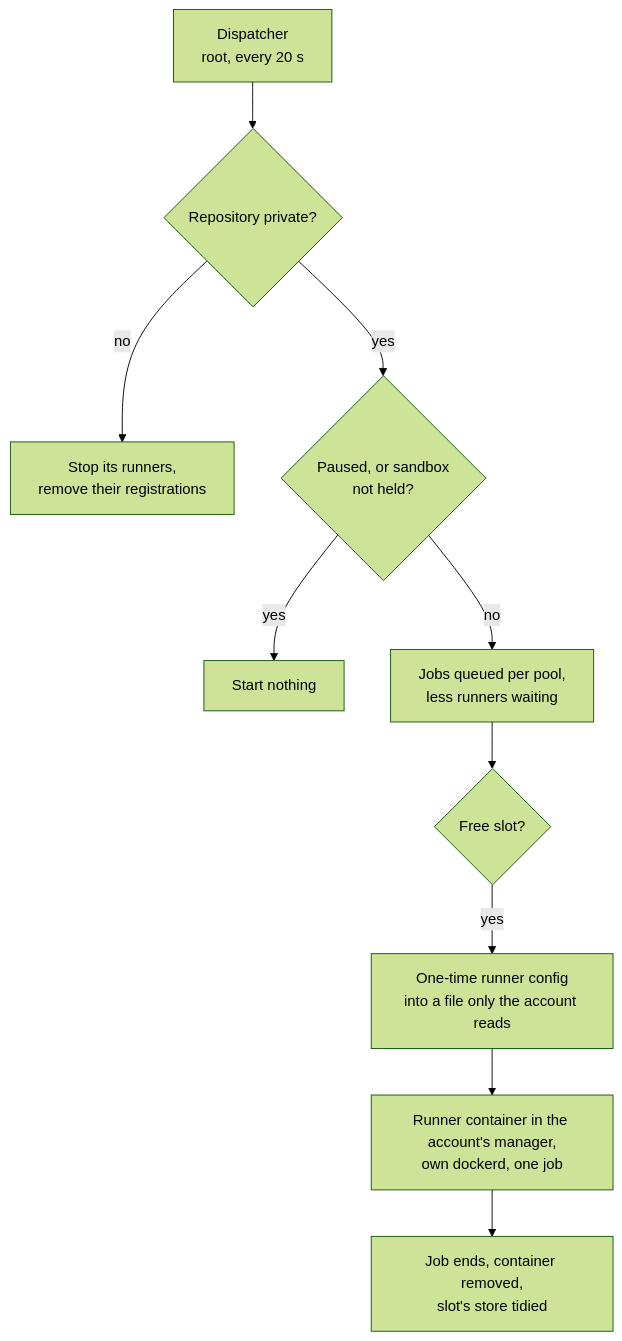
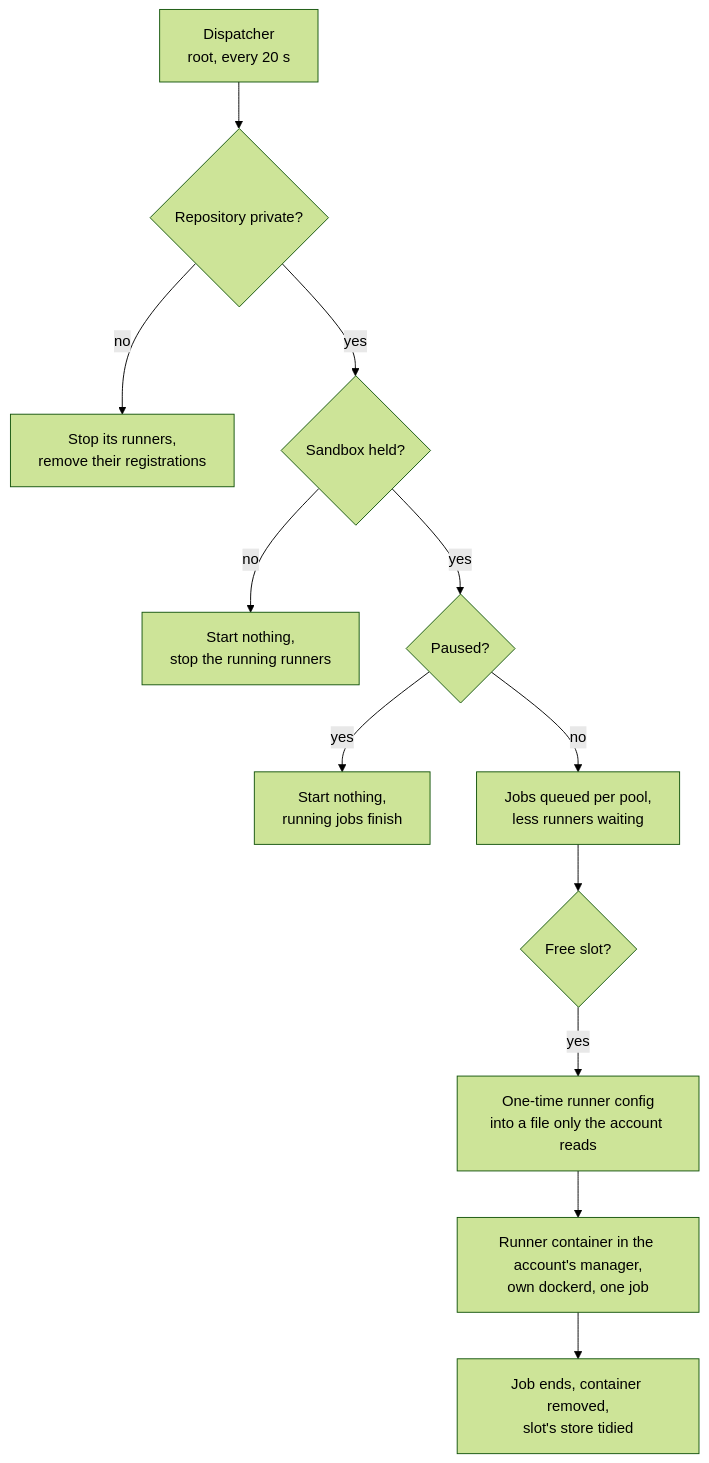
The second of 4 diagrams in docs/ci_runner.md (Joonalai/ansible-hostkit), drawn with Mermaid (forest theme) before and after one commit. The commit also changed other lines of this file and 9 other files, not shown here.

````diff
--- a/docs/ci_runner.md
+++ b/docs/ci_runner.md
@@ -60,12 +60,14 @@
 ```mermaid
 flowchart TD
     D[Dispatcher<br/>root, every 20 s] --> V{Repository private?}
     V -->|no| X[Stop its runners,<br/>remove their registrations]
-    V -->|yes| P{Paused, or sandbox<br/>not held?}
-    P -->|yes| N[Start nothing]
+    V -->|yes| H{Sandbox held?}
+    H -->|no| K[Start nothing,<br/>stop the running runners]
+    H -->|yes| P{Paused?}
+    P -->|yes| N[Start nothing,<br/>running jobs finish]
     P -->|no| Q[Jobs queued per pool,<br/>less runners waiting]
     Q --> S{Free slot?}
     S -->|yes| J[One-time runner config<br/>into a file only the account reads]
     J --> R[Runner container in the account's manager,<br/>own dockerd, one job]
     R --> C[Job ends, container removed,<br/>slot's store tidied]
 ```
````
